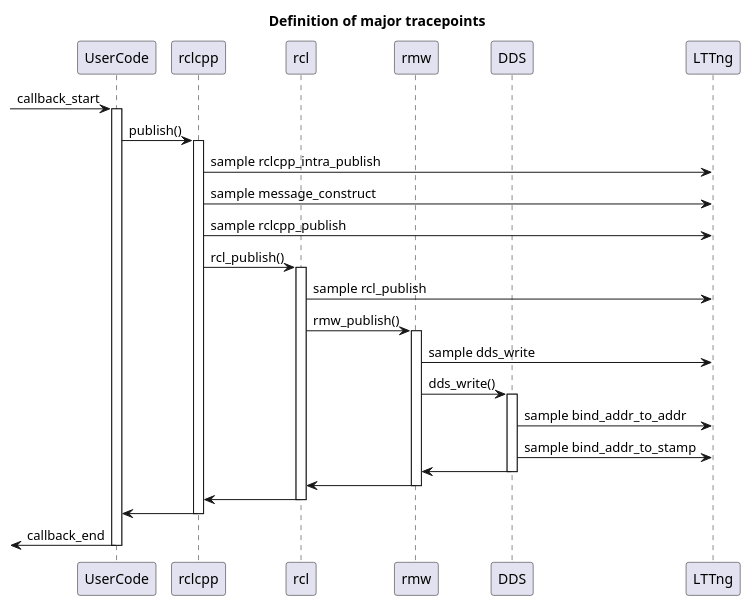
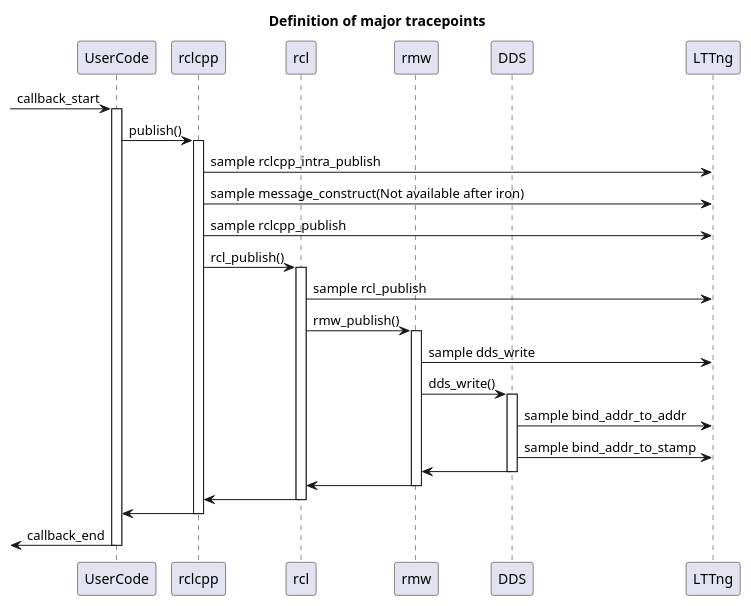
Before and after one commit to tier4/caret_doc: the diagram in docs/design/event_and_latency_definitions/publisher.md, drawn with PlantUML. The commit also changed other lines of this file and 4 other files, not shown here.

````diff
--- a/docs/design/event_and_latency_definitions/publisher.md
+++ b/docs/design/event_and_latency_definitions/publisher.md
@@ -7,51 +7,51 @@
 ```plantuml
 @startuml
 title: Definition of major tracepoints
 
 participant UserCode
 participant rclcpp
 participant rcl
 participant rmw
 participant DDS
 participant LTTng
 
 -> UserCode : callback_start
 activate UserCode
 UserCode -> rclcpp: publish()
 activate rclcpp
 
 rclcpp -> LTTng: sample rclcpp_intra_publish
-rclcpp -> LTTng: sample message_construct
+rclcpp -> LTTng: sample message_construct(Not available after iron)
 rclcpp -> LTTng: sample rclcpp_publish
 
 rclcpp -> rcl: rcl_publish()
 activate rcl
 
 rcl -> LTTng: sample rcl_publish
 
 rcl -> rmw: rmw_publish()
 activate rmw
 
 rmw -> LTTng: sample dds_write
 
 rmw -> DDS: dds_write()
 activate DDS
 DDS -> LTTng: sample bind_addr_to_addr
 DDS -> LTTng: sample bind_addr_to_stamp
 
 DDS -> rmw
 deactivate DDS
 
 rmw -> rcl
 deactivate rmw
 
 rcl -> rclcpp
 deactivate rcl
 
 rclcpp -> UserCode
 deactivate rclcpp
 
 <- UserCode : callback_end
 deactivate UserCode
 @enduml
 ```
````
